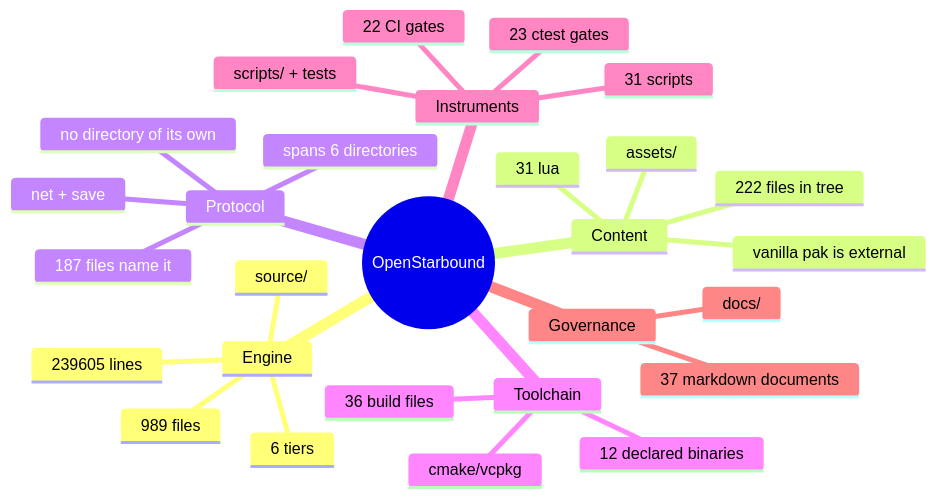
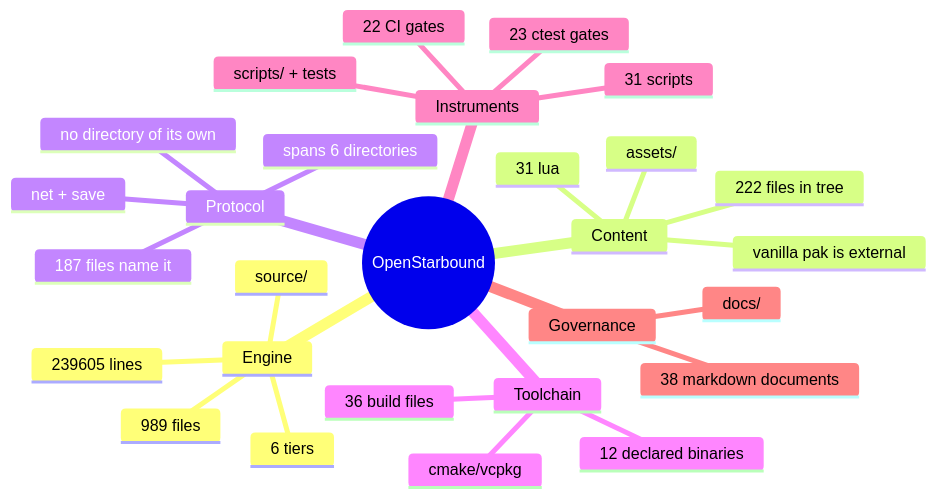
One commit to apnex/OpenStarbound changed the second of 11 diagrams in docs/architecture/system-boundaries.md. Above: the diagram before and after it, drawn with Mermaid. The commit also changed 2 other files, not shown here.

Commit message:
docs: file the 44 upheld audit findings; 57 of 103 were refuted [#207]

````diff
--- a/docs/architecture/system-boundaries.md
+++ b/docs/architecture/system-boundaries.md
@@ -166,31 +166,31 @@
 ```mermaid
 mindmap
   root((OpenStarbound))
     Engine
       source/
       989 files
       239605 lines
       6 tiers
     Content
       assets/
       222 files in tree
       31 lua
       vanilla pak is external
     Protocol
       net + save
       187 files name it
       spans 6 directories
       no directory of its own
     Toolchain
       cmake/vcpkg
       36 build files
       12 declared binaries
     Instruments
       scripts/ + tests
       31 scripts
       23 ctest gates
       22 CI gates
     Governance
       docs/
-      37 markdown documents
+      38 markdown documents
 ```
````
